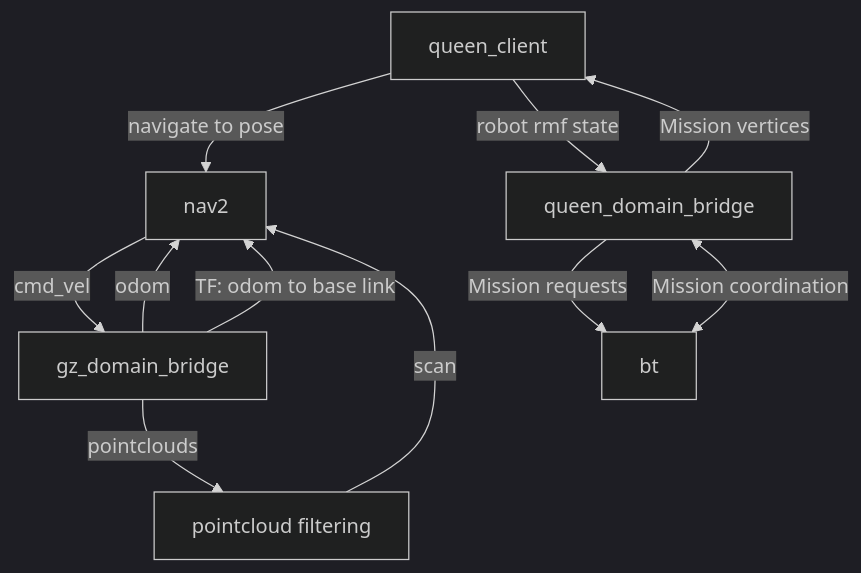
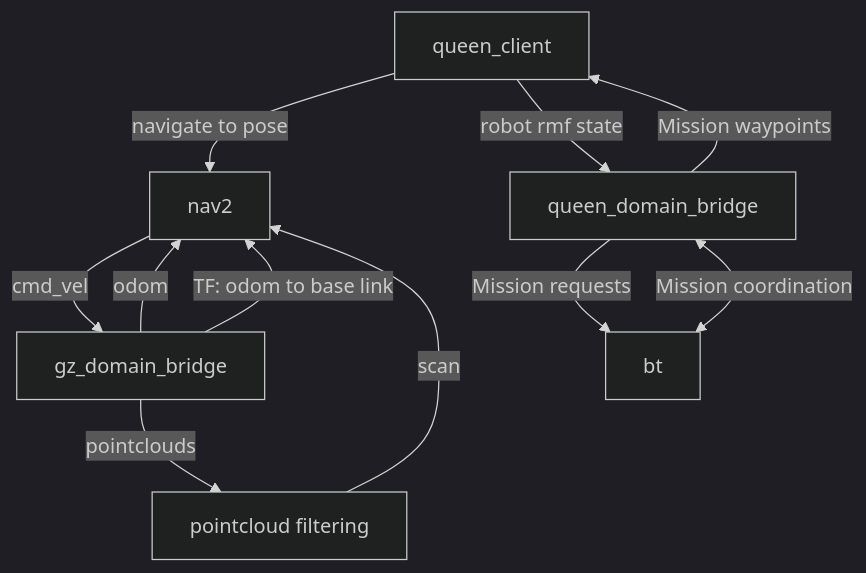
The diagram in README.md (keenan88/ant-drone-ros2), drawn with Mermaid (dark theme) before and after one commit.

````diff
--- a/README.md
+++ b/README.md
@@ -35,13 +35,13 @@
 ```mermaid
 flowchart TD
     nav2["nav2"] -- cmd_vel --> gz_domain_bridge["gz_domain_bridge"]
     gz_domain_bridge -- odom --> nav2
     gz_domain_bridge -- TF: odom to base link --> nav2
     queen_client -- navigate to pose --> nav2
     queen_client -- robot rmf state --> queen_domain_bridge
     gz_domain_bridge -- pointclouds --> pointcloud_filtering["pointcloud filtering"]
     pointcloud_filtering -- scan --> nav2
-    queen_domain_bridge -- "Mission vertices" --> queen_client
+    queen_domain_bridge -- "Mission waypoints" --> queen_client
     bt <-- Mission coordination --> queen_domain_bridge
     queen_domain_bridge -- Mission requests --> bt
 ```
````
